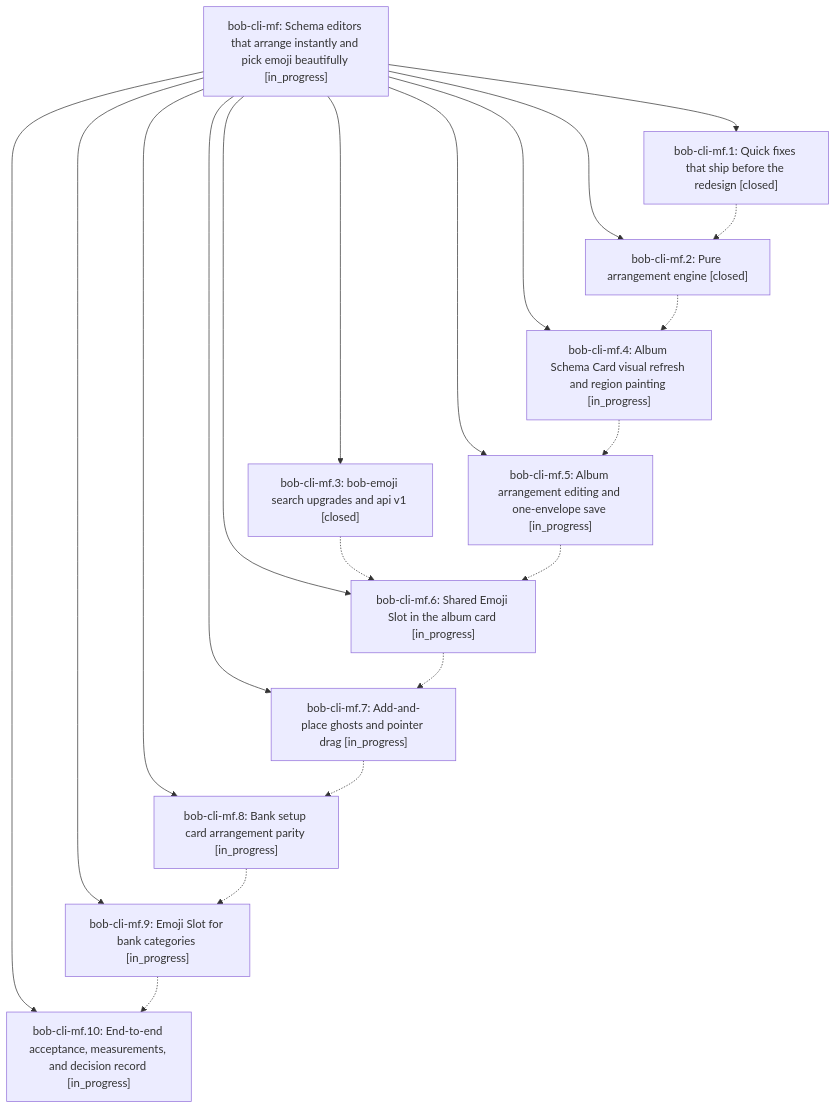
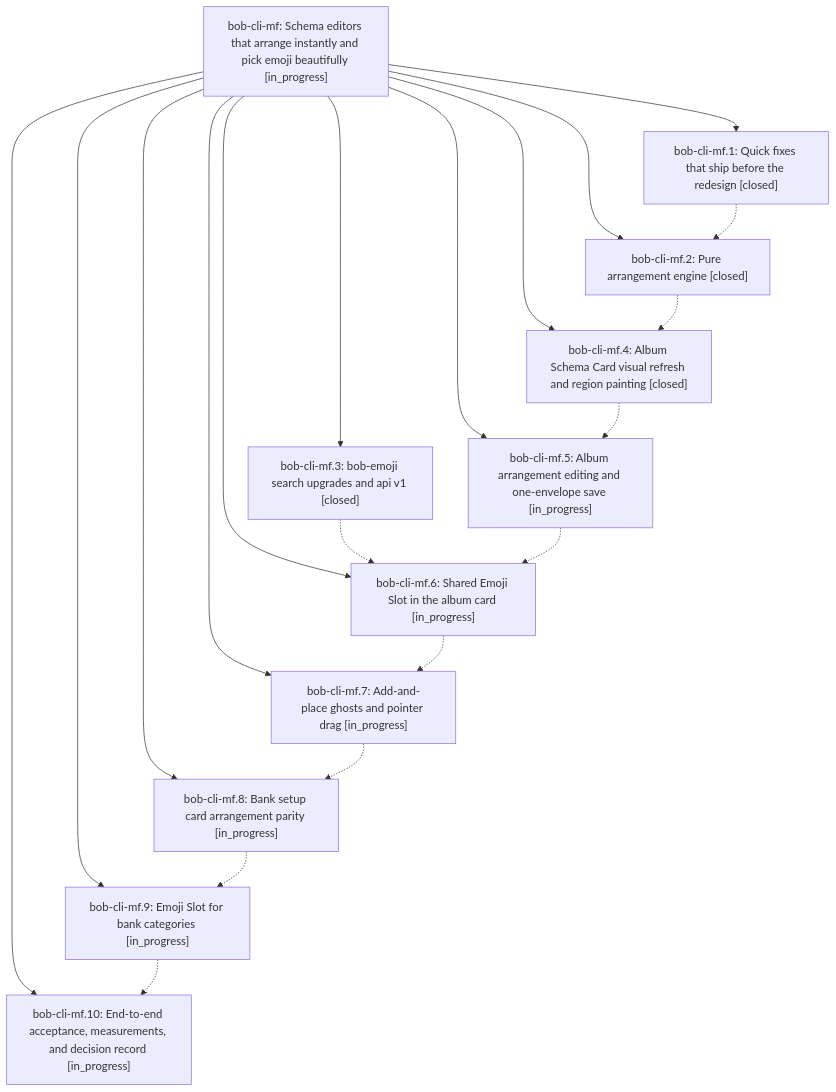
The diagram in pages/bob-cli-mf/README.md (bobs-org/bob-cli--beads), drawn with Mermaid before and after one commit. The commit also changed other lines of this file and 3 other files, not shown here.

First line of the commit message:
chore(beads): sync bead state and pages for bob-cli-mf

````diff
--- a/pages/bob-cli-mf/README.md
+++ b/pages/bob-cli-mf/README.md
@@ -31,33 +43,33 @@
 ```mermaid
 flowchart TD
     n0["bob-cli-mf: Schema editors that arrange instantly and pick emoji beautifully [in_progress]"]
     n1["bob-cli-mf.1: Quick fixes that ship before the redesign [closed]"]
     n2["bob-cli-mf.10: End-to-end acceptance, measurements, and decision record [in_progress]"]
     n3["bob-cli-mf.2: Pure arrangement engine [closed]"]
     n4["bob-cli-mf.3: bob-emoji search upgrades and api v1 [closed]"]
-    n5["bob-cli-mf.4: Album Schema Card visual refresh and region painting [in_progress]"]
+    n5["bob-cli-mf.4: Album Schema Card visual refresh and region painting [closed]"]
     n6["bob-cli-mf.5: Album arrangement editing and one-envelope save [in_progress]"]
     n7["bob-cli-mf.6: Shared Emoji Slot in the album card [in_progress]"]
     n8["bob-cli-mf.7: Add-and-place ghosts and pointer drag [in_progress]"]
     n9["bob-cli-mf.8: Bank setup card arrangement parity [in_progress]"]
     n10["bob-cli-mf.9: Emoji Slot for bank categories [in_progress]"]
     n0 --> n1
     n0 --> n2
     n0 --> n3
     n0 --> n4
     n0 --> n5
     n0 --> n6
     n0 --> n7
     n0 --> n8
     n0 --> n9
     n0 --> n10
     n1 -.-> n3
     n3 -.-> n5
     n4 -.-> n7
     n5 -.-> n6
     n6 -.-> n7
     n7 -.-> n8
     n8 -.-> n9
     n9 -.-> n10
     n10 -.-> n2
 ```
````
